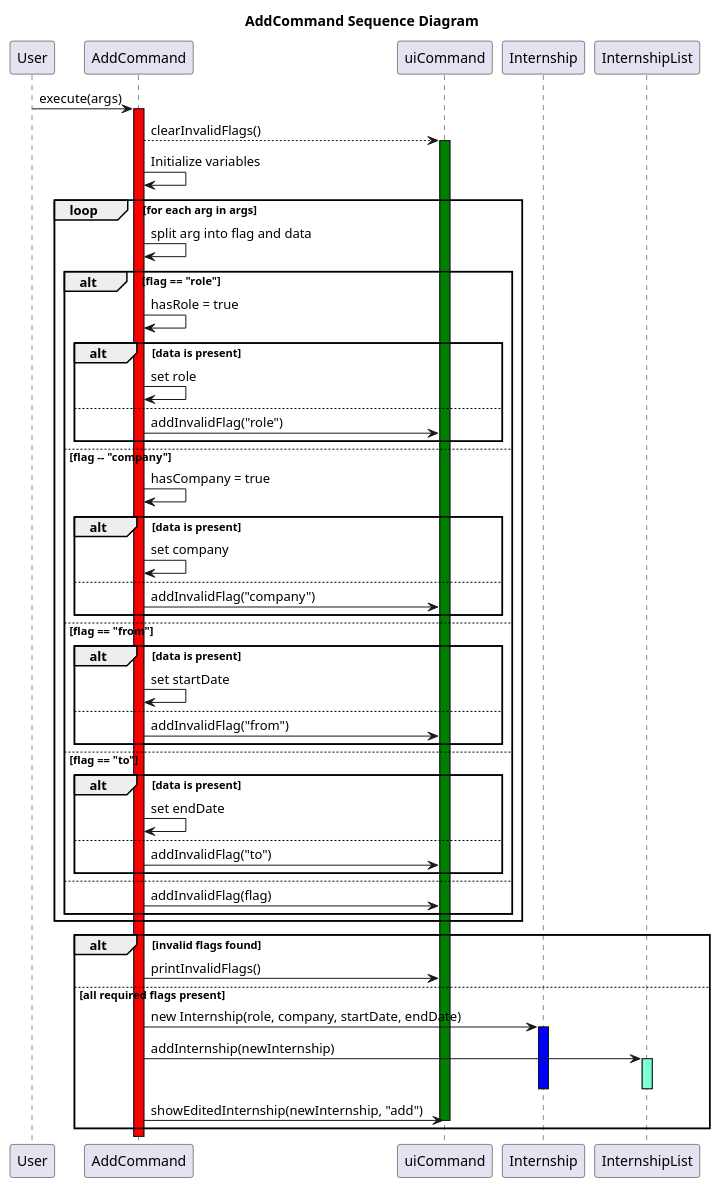
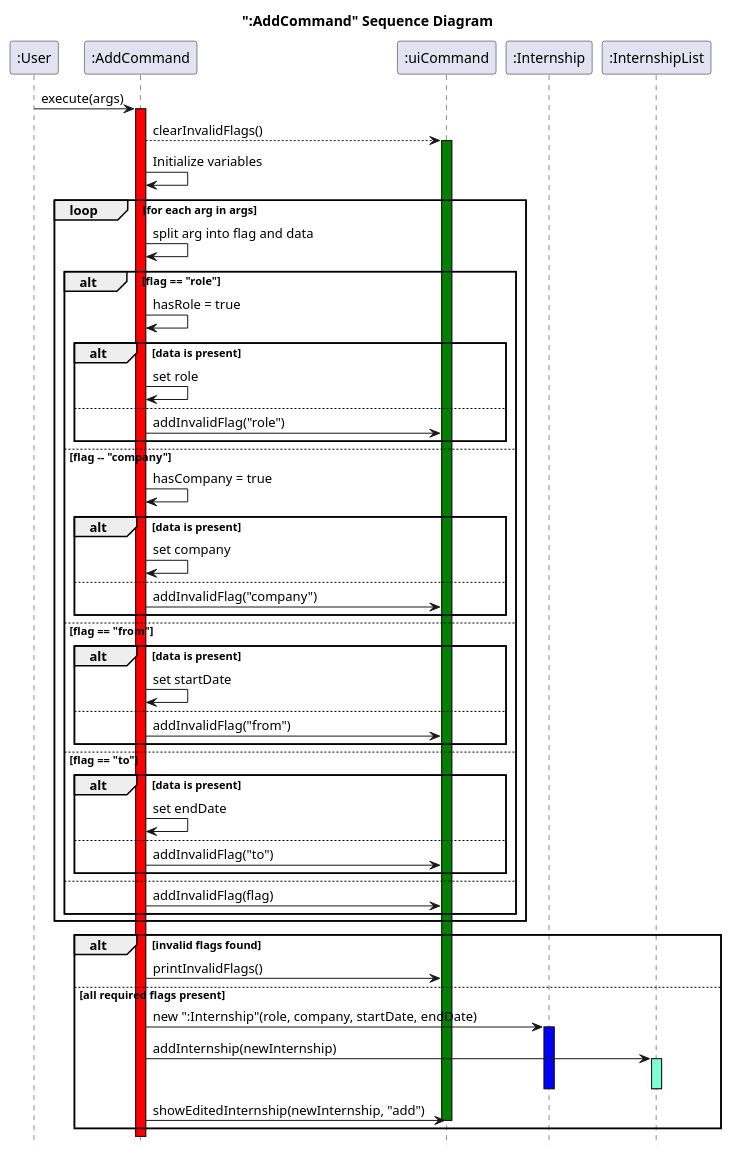
Before and after one commit to nus-cs2113-AY2425S1/tp: the diagram in docs/UML/AddCommand.puml, drawn with PlantUML. The commit also changed 8 other files, not shown here.

Commit message:
edited plantUML diagrams

```diff
--- a/docs/UML/AddCommand.puml
+++ b/docs/UML/AddCommand.puml
@@ -1,63 +1,64 @@
 @startuml
-title AddCommand Sequence Diagram
+title ":AddCommand" Sequence Diagram
+hide footbox
 
-participant User
-participant AddCommand
-participant uiCommand
-participant Internship
-participant InternshipList
+participant ":User"
+participant ":AddCommand"
+participant ":uiCommand"
+participant ":Internship"
+participant ":InternshipList"
 
 
-User->AddCommand:execute(args)
-activate AddCommand #red
-AddCommand-->uiCommand:clearInvalidFlags()
-activate uiCommand #green
-AddCommand->AddCommand : Initialize variables
+":User"->":AddCommand":execute(args)
+activate ":AddCommand" #red
+":AddCommand"-->":uiCommand":clearInvalidFlags()
+activate ":uiCommand" #green
+":AddCommand"->":AddCommand" : Initialize variables
 
 loop for each arg in args
-  AddCommand -> AddCommand : split arg into flag and data
+  ":AddCommand" -> ":AddCommand" : split arg into flag and data
   alt flag == "role"
-    AddCommand -> AddCommand: hasRole = true
+    ":AddCommand" -> ":AddCommand": hasRole = true
     alt data is present
-      AddCommand-> AddCommand: set role
+      ":AddCommand"-> ":AddCommand": set role
     else
-      AddCommand -> uiCommand: addInvalidFlag("role")
+      ":AddCommand" -> ":uiCommand": addInvalidFlag("role")
     end
   else flag -- "company"
-    AddCommand -> AddCommand: hasCompany = true
+    ":AddCommand" -> ":AddCommand": hasCompany = true
     alt data is present
-      AddCommand->AddCommand: set company
+      ":AddCommand"->":AddCommand": set company
     else
-      AddCommand->uiCommand: addInvalidFlag("company")
+      ":AddCommand"->":uiCommand": addInvalidFlag("company")
     end
   else flag == "from"
         alt data is present
-            AddCommand -> AddCommand: set startDate
+            ":AddCommand" -> ":AddCommand": set startDate
         else
-            AddCommand -> uiCommand: addInvalidFlag("from")
+            ":AddCommand" -> ":uiCommand": addInvalidFlag("from")
         end
     else flag == "to"
         alt data is present
-            AddCommand -> AddCommand: set endDate
+            ":AddCommand" -> ":AddCommand": set endDate
         else
-            AddCommand -> uiCommand: addInvalidFlag("to")
+            ":AddCommand" -> ":uiCommand": addInvalidFlag("to")
         end
     else
-        AddCommand -> uiCommand: addInvalidFlag(flag)
+        ":AddCommand" -> ":uiCommand": addInvalidFlag(flag)
     end
 end
 
 alt invalid flags found
-  AddCommand->uiCommand: printInvalidFlags()
+  ":AddCommand"->":uiCommand": printInvalidFlags()
 else all required flags present
-  AddCommand -> Internship: new Internship(role, company, startDate, endDate)
-  activate Internship #blue
-  AddCommand-> InternshipList: addInternship(newInternship)
-  activate InternshipList #aquamarine
-  deactivate Internship
-  deactivate InternshipList
-  AddCommand -> uiCommand: showEditedInternship(newInternship, "add")
-  deactivate uiCommand
+  ":AddCommand" -> ":Internship": new ":Internship"(role, company, startDate, endDate)
+  activate ":Internship" #blue
+  ":AddCommand"-> ":InternshipList": addInternship(newInternship)
+  activate ":InternshipList" #aquamarine
+  deactivate ":Internship"
+  deactivate ":InternshipList"
+  ":AddCommand" -> ":uiCommand": showEditedInternship(newInternship, "add")
+  deactivate ":uiCommand"
 end
 
 @enduml
```
